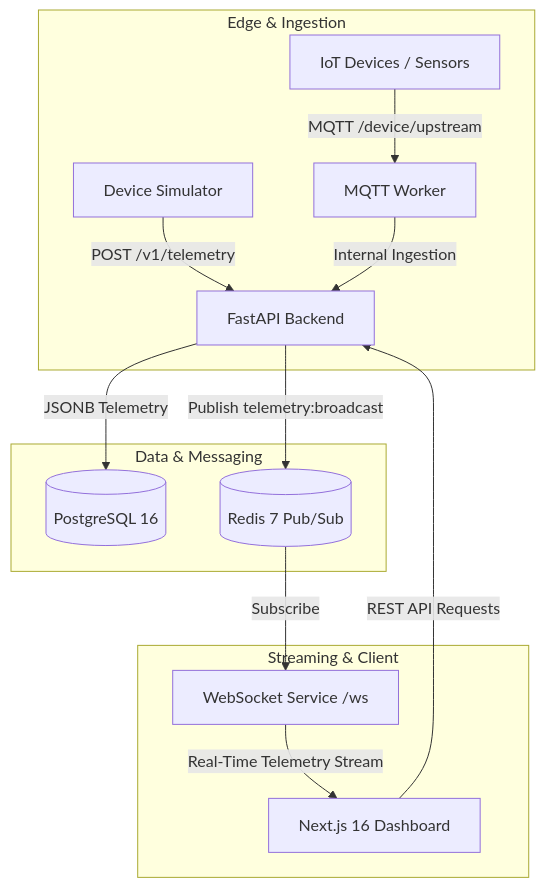
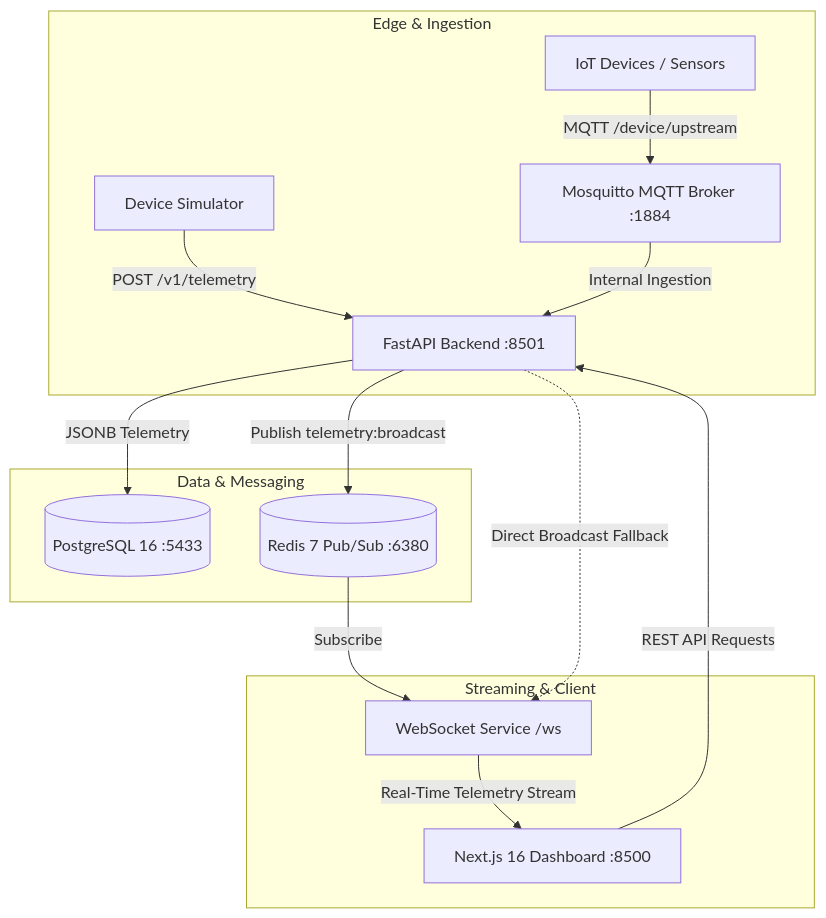
The diagram in README.md (Arish03/Lansub-Stream), drawn with Mermaid before and after one commit. The commit also changed other lines of this file and 13 other files, not shown here.

````diff
--- a/README.md
+++ b/README.md
@@ -11,19 +11,20 @@
 ```mermaid
 flowchart TD
     subgraph Edge & Ingestion
-        D1[IoT Devices / Sensors] -->|MQTT /device/upstream| MQ[MQTT Worker]
+        D1[IoT Devices / Sensors] -->|MQTT /device/upstream| MQ[Mosquitto MQTT Broker :1884]
         SIM[Device Simulator] -->|POST /v1/telemetry| API
-        MQ -->|Internal Ingestion| API[FastAPI Backend]
+        MQ -->|Internal Ingestion| API[FastAPI Backend :8501]
     end
 
     subgraph Data & Messaging
-        API -->|JSONB Telemetry| PG[(PostgreSQL 16)]
-        API -->|Publish telemetry:broadcast| RD[(Redis 7 Pub/Sub)]
+        API -->|JSONB Telemetry| PG[(PostgreSQL 16 :5433)]
+        API -->|Publish telemetry:broadcast| RD[(Redis 7 Pub/Sub :6380)]
     end
 
     subgraph Streaming & Client
         RD -->|Subscribe| WS[WebSocket Service /ws]
-        WS -->|Real-Time Telemetry Stream| UI[Next.js 16 Dashboard]
+        API -.->|Direct Broadcast Fallback| WS
+        WS -->|Real-Time Telemetry Stream| UI[Next.js 16 Dashboard :8500]
         UI -->|REST API Requests| API
     end
 ```
````
